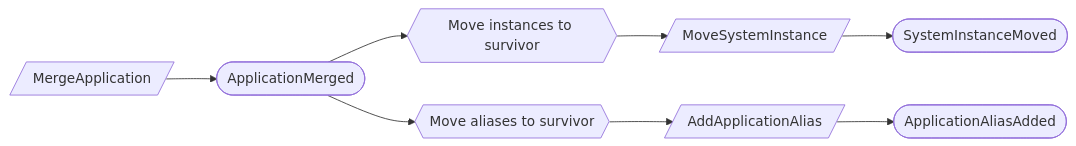
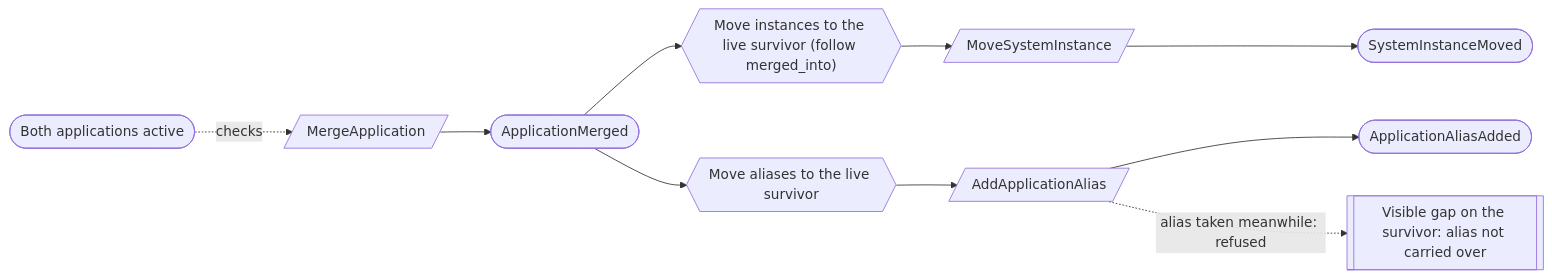
One commit to bdgrz/compliance-core changed the first of 2 diagrams in docs/proposed/contexts/application-inventory.md. Above: the diagram before and after it, drawn with Mermaid. The commit also changed other lines of this file and 310 other files, not shown here.

````diff
--- a/docs/proposed/contexts/application-inventory.md
+++ b/docs/proposed/contexts/application-inventory.md
@@ -140,6 +146,9 @@
 ```mermaid
 flowchart LR
+    B([Both applications active]) -. checks .-> C1
     C1[/MergeApplication/] --> E1([ApplicationMerged])
-    E1 --> R1{{Move instances to survivor}} --> C2[/MoveSystemInstance/] --> E2([SystemInstanceMoved])
-    E1 --> R2{{Move aliases to survivor}} --> C3[/AddApplicationAlias/] --> E3([ApplicationAliasAdded])
+    E1 --> R1{{"Move instances to the live survivor (follow merged_into)"}} --> C2[/MoveSystemInstance/] --> E2([SystemInstanceMoved])
+    E1 --> R2{{Move aliases to the live survivor}} --> C3[/AddApplicationAlias/]
+    C3 --> E3([ApplicationAliasAdded])
+    C3 -. "alias taken meanwhile: refused" .-> G1[[Visible gap on the survivor: alias not carried over]]
 ```
````
